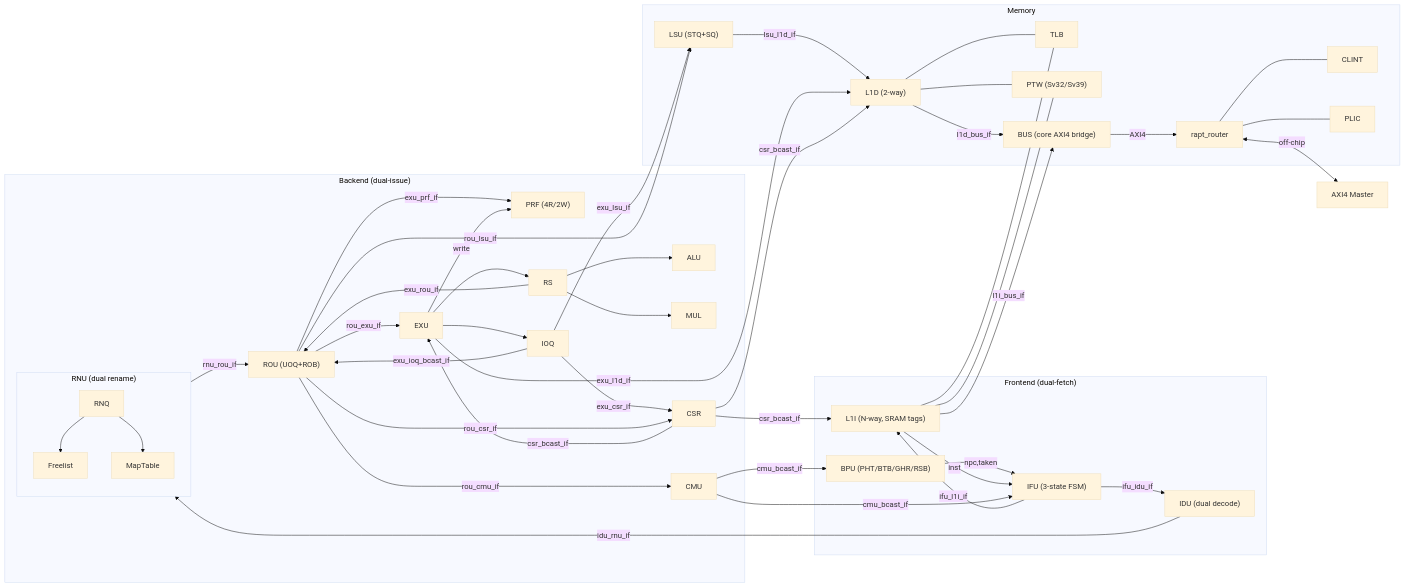
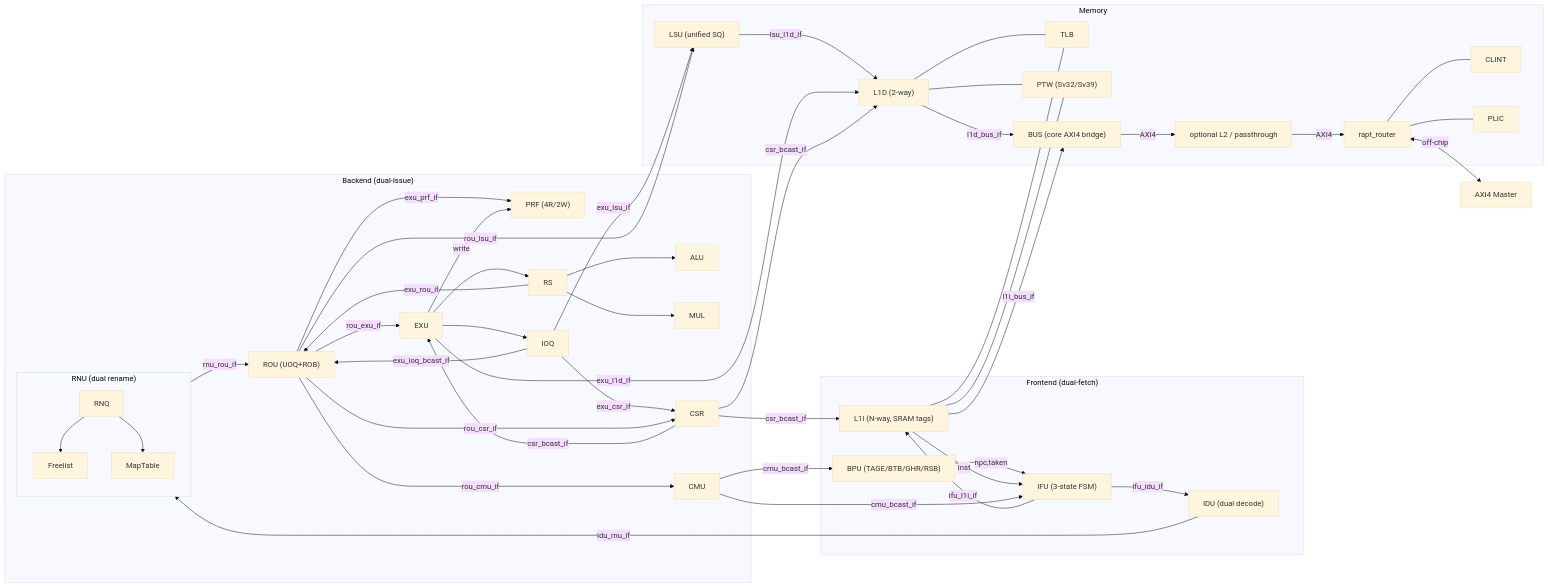
The diagram in docs/uarch.md (Kingfish404/raptor-chip), drawn with Mermaid (base theme) before and after one commit. The commit also changed other lines of this file and 33 other files, not shown here.

Commit message:
feat: united sq at lsu & wb bus, merge ci

````diff
--- a/docs/uarch.md
+++ b/docs/uarch.md
@@ -285,66 +293,68 @@
 ```mermaid
 flowchart LR
  subgraph FE["Frontend (dual-fetch)"]
         IFU["IFU (3-state FSM)"]
         L1I["L1I (N-way, SRAM tags)"]
         IDU["IDU (dual decode)"]
-        BPU["BPU (PHT/BTB/GHR/RSB)"]
+        BPU["BPU (TAGE/BTB/GHR/RSB)"]
   end
  subgraph BE["Backend (dual-issue)"]
         subgraph RNU_TOP["RNU (dual rename)"]
             RNQ["RNQ"]
             FL["Freelist"]
             MT["MapTable"]
         end
         PRF["PRF (4R/2W)"]
         ROU["ROU (UOQ+ROB)"]
         EXU["EXU"]
         RS["RS"]
         IOQ["IOQ"]
         ALU["ALU"]
         MUL["MUL"]
         CMU["CMU"]
         CSR["CSR"]
   end
  subgraph MEM["Memory"]
-        LSU["LSU (STQ+SQ)"]
+        LSU["LSU (unified SQ)"]
         L1D["L1D (2-way)"]
         TLB["TLB"]
         PTW["PTW (Sv32/Sv39)"]
         BUS["BUS (core AXI4 bridge)"]
+        L2["optional L2 / passthrough"]
         ROUTER["rapt_router"]
         CLINT["CLINT"]
         PLIC["PLIC"]
   end
     BPU -->|"npc,taken"| IFU
     IFU -->|"ifu_l1i_if"| L1I
     L1I -->|"inst"| IFU
     IFU -->|"ifu_idu_if"| IDU
     IDU -->|"idu_rnu_if"| RNU_TOP
     RNQ --> FL & MT
     RNU_TOP -->|"rnu_rou_if"| ROU
     ROU -->|"exu_prf_if"| PRF
     ROU -->|"rou_exu_if"| EXU
     EXU --> RS & IOQ
     RS --> ALU & MUL
     IOQ -->|"exu_lsu_if"| LSU
     IOQ -->|"exu_csr_if"| CSR
     RS -->|"exu_rou_if"| ROU
     IOQ -->|"exu_ioq_bcast_if"| ROU
     EXU -->|"write"| PRF
     ROU -->|"rou_cmu_if"| CMU
     ROU -->|"rou_csr_if"| CSR
     ROU -->|"rou_lsu_if"| LSU
     CMU -->|"cmu_bcast_if"| IFU & BPU
     LSU -->|"lsu_l1d_if"| L1D
     EXU -->|"exu_l1d_if"| L1D
     L1I --- TLB & PTW
     L1D --- TLB & PTW
     L1I -->|"l1i_bus_if"| BUS
     L1D -->|"l1d_bus_if"| BUS
-    BUS -->|"AXI4"| ROUTER
+    BUS -->|"AXI4"| L2
+    L2 -->|"AXI4"| ROUTER
     ROUTER <-->|"off-chip"| AXI["AXI4 Master"]
     ROUTER --- CLINT
     ROUTER --- PLIC
     CSR -->|"csr_bcast_if"| L1I & L1D & EXU
 ```
````
